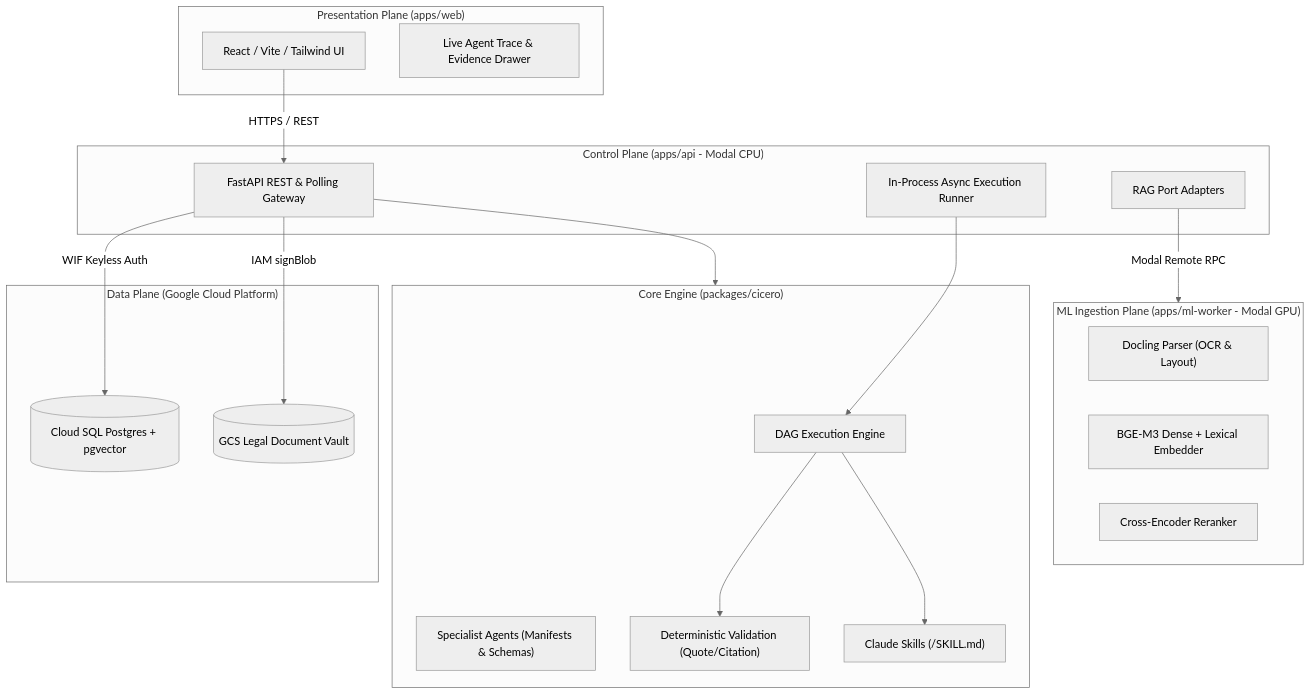
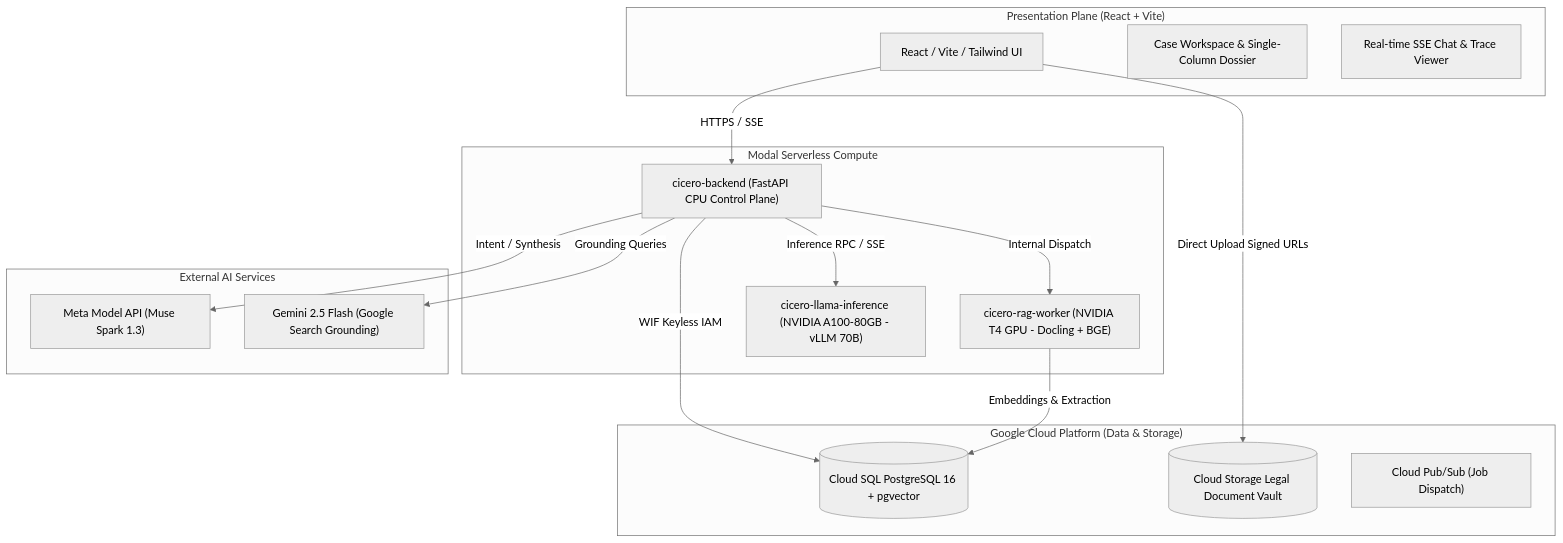
One commit to Ratnadeep-Kakade/AI-for-Advocates changed the first of 4 diagrams in README.md. Above: the diagram before and after it, drawn with Mermaid (neutral theme). The commit also changed other lines of this file, not shown here.

Commit message:
Deployed → (Vercel + Modal + GCS)

````diff
--- a/README.md
+++ b/README.md
@@ -58,40 +64,34 @@
 ```mermaid
 graph TD
-    subgraph PresentationPlane ["Presentation Plane (apps/web)"]
+    subgraph PresentationPlane ["Presentation Plane (React + Vite)"]
         UI["React / Vite / Tailwind UI"]
-        Trace["Live Agent Trace & Evidence Drawer"]
+        Workspace["Case Workspace & Single-Column Dossier"]
+        StreamView["Real-time SSE Chat & Trace Viewer"]
     end
 
-    subgraph ControlPlane ["Control Plane (apps/api - Modal CPU)"]
-        FastAPI["FastAPI REST & Polling Gateway"]
-        InProcessHarness["In-Process Async Execution Runner"]
-        Adapters["RAG Port Adapters"]
+    subgraph ModalCompute ["Modal Serverless Compute"]
+        FastAPI["cicero-backend (FastAPI CPU Control Plane)"]
+        RAGWorker["cicero-rag-worker (NVIDIA T4 GPU - Docling + BGE)"]
+        LlamaInference["cicero-llama-inference (NVIDIA A100-80GB - vLLM 70B)"]
     end
 
-    subgraph GPUWorkerPlane ["ML Ingestion Plane (apps/ml-worker - Modal GPU)"]
-        Docling["Docling Parser (OCR & Layout)"]
-        BGEM3["BGE-M3 Dense + Lexical Embedder"]
-        Reranker["Cross-Encoder Reranker"]
+    subgraph ExternalAI ["External AI Services"]
+        MetaAPI["Meta Model API (Muse Spark 1.3)"]
+        GeminiSearch["Gemini 2.5 Flash (Google Search Grounding)"]
     end
 
-    subgraph CoreEngine ["Core Engine (packages/cicero)"]
-        HarnessEngine["DAG Execution Engine"]
-        AgentRuntime["Specialist Agents (Manifests & Schemas)"]
-        DeterministicVal["Deterministic Validation (Quote/Citation)"]
-        SkillsEngine["Claude Skills (<name>/SKILL.md)"]
+    subgraph DataPlane ["Google Cloud Platform (Data & Storage)"]
+        CloudSQL[("Cloud SQL PostgreSQL 16 + pgvector")]
+        GCS[("Cloud Storage Legal Document Vault")]
+        PubSub["Cloud Pub/Sub (Job Dispatch)"]
     end
 
-    subgraph DataPlane ["Data Plane (Google Cloud Platform)"]
-        CloudSQL[("Cloud SQL Postgres + pgvector")]
-        GCS[("GCS Legal Document Vault")]
-    end
-
-    UI -->|HTTPS / REST| FastAPI
-    FastAPI --> CoreEngine
-    InProcessHarness --> HarnessEngine
-    Adapters -->|Modal Remote RPC| GPUWorkerPlane
-    FastAPI -->|WIF Keyless Auth| CloudSQL
-    FastAPI -->|IAM signBlob| GCS
-    HarnessEngine --> DeterministicVal
-    HarnessEngine --> SkillsEngine
+    UI -->|HTTPS / SSE| FastAPI
+    UI -->|Direct Upload Signed URLs| GCS
+    FastAPI -->|WIF Keyless IAM| CloudSQL
+    FastAPI -->|Internal Dispatch| RAGWorker
+    FastAPI -->|Inference RPC / SSE| LlamaInference
+    FastAPI -->|Grounding Queries| GeminiSearch
+    FastAPI -->|Intent / Synthesis| MetaAPI
+    RAGWorker -->|Embeddings & Extraction| CloudSQL
 ```
````
